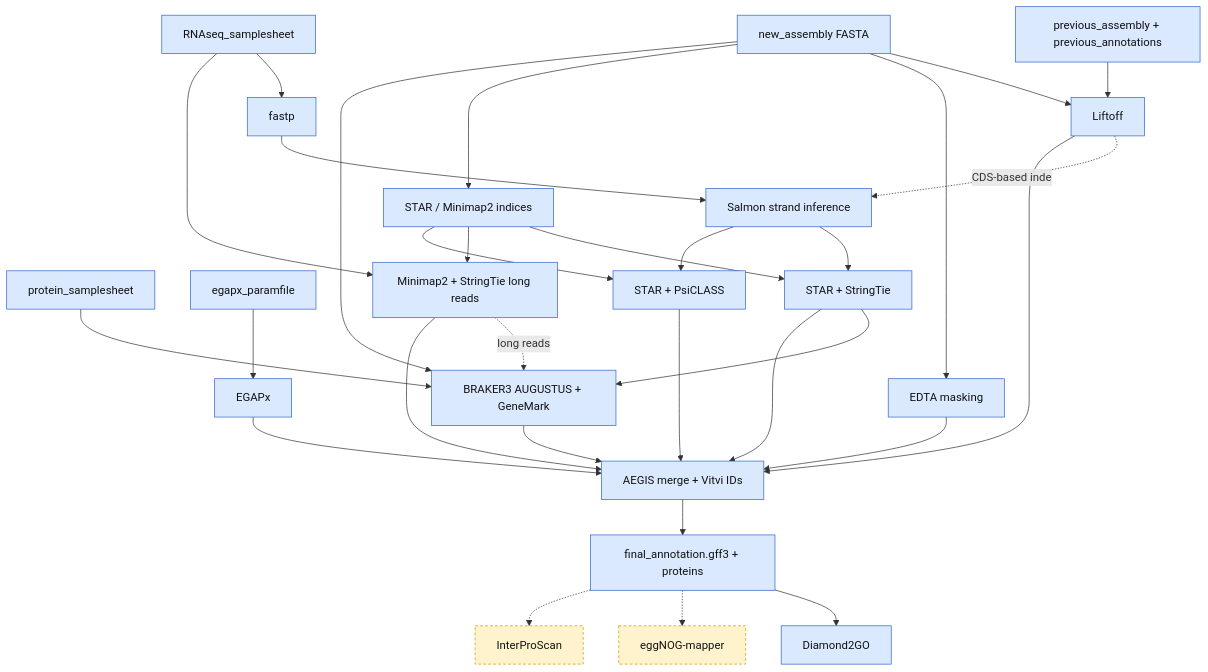
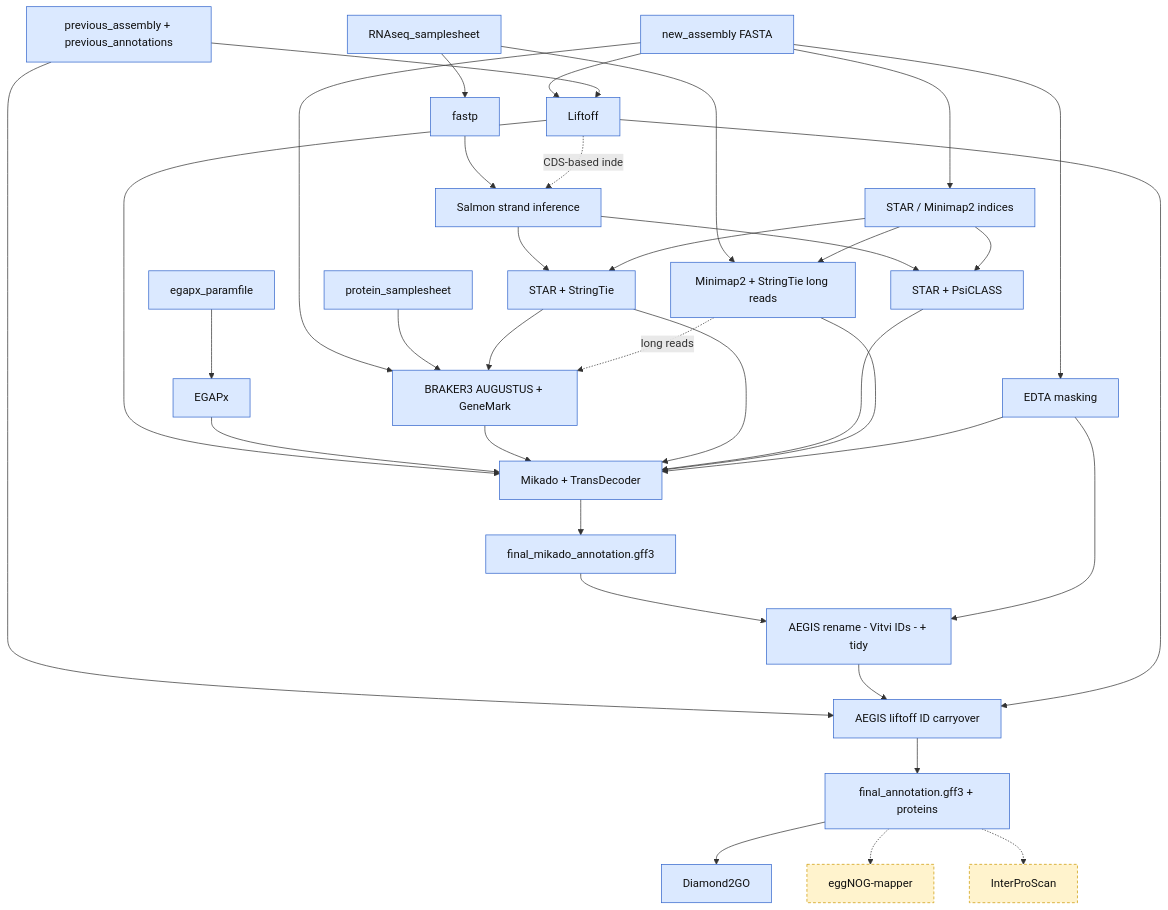
The second of 4 diagrams in TITAN/README.md (Grapedia/workflows), drawn with Mermaid before and after one commit. The commit also changed other lines of this file and 9 other files, not shown here.

````diff
--- a/TITAN/README.md
+++ b/TITAN/README.md
@@ -167,46 +183,53 @@
 ```mermaid
 flowchart TD
     classDef core fill:#dbe9ff,stroke:#3366cc,color:#111
     classDef opt fill:#fff3cd,stroke:#cc9900,color:#111,stroke-dasharray:4 3
 
     NEW[new_assembly FASTA]:::core
     PREV[previous_assembly + previous_annotations]:::core
     RNA[RNAseq_samplesheet]:::core
     PROT[protein_samplesheet]:::core
     EGCFG[egapx_paramfile]:::core
 
     LIFT[Liftoff]:::core
     EDTA[EDTA masking]:::core
     EGAPX[EGAPx]:::core
     FASTP[fastp]:::core
     IDX[STAR / Minimap2 indices]:::core
     STRAND[Salmon strand inference]:::core
     STAR[STAR + StringTie]:::core
     PSI[STAR + PsiCLASS]:::core
     MM2[Minimap2 + StringTie long reads]:::core
     BRAKER[BRAKER3 AUGUSTUS + GeneMark]:::core
 
-    AEGIS[AEGIS merge + Vitvi IDs]:::core
+    MIK[Mikado + TransDecoder]:::core
+    MIKGFF[final_mikado_annotation.gff3]:::core
+    AEGIS[AEGIS rename - Vitvi IDs - + tidy]:::core
+    LIFTID[AEGIS liftoff ID carryover]:::core
     FINAL[final_annotation.gff3 + proteins]:::core
     D2GO[Diamond2GO]:::core
     EGG[eggNOG-mapper]:::opt
     IPS[InterProScan]:::opt
 
     NEW --> LIFT & EDTA & IDX & BRAKER
-    PREV --> LIFT
+    PREV --> LIFT & LIFTID
     EGCFG --> EGAPX
     RNA --> FASTP
     RNA --> MM2
     FASTP --> STRAND
     LIFT -.CDS-based index.-> STRAND
     STRAND --> STAR & PSI
     IDX --> STAR & MM2 & PSI
     PROT --> BRAKER
     STAR --> BRAKER
     MM2 -.long reads.-> BRAKER
 
-    LIFT & EGAPX & BRAKER & STAR & PSI & MM2 --> AEGIS
+    LIFT & EGAPX & BRAKER & STAR & PSI & MM2 --> MIK
+    EDTA --> MIK
+    MIK --> MIKGFF --> AEGIS
     EDTA --> AEGIS
-    AEGIS --> FINAL --> D2GO
+    AEGIS --> LIFTID
+    LIFT --> LIFTID
+    LIFTID --> FINAL --> D2GO
     FINAL -.-> EGG & IPS
 ```
````
